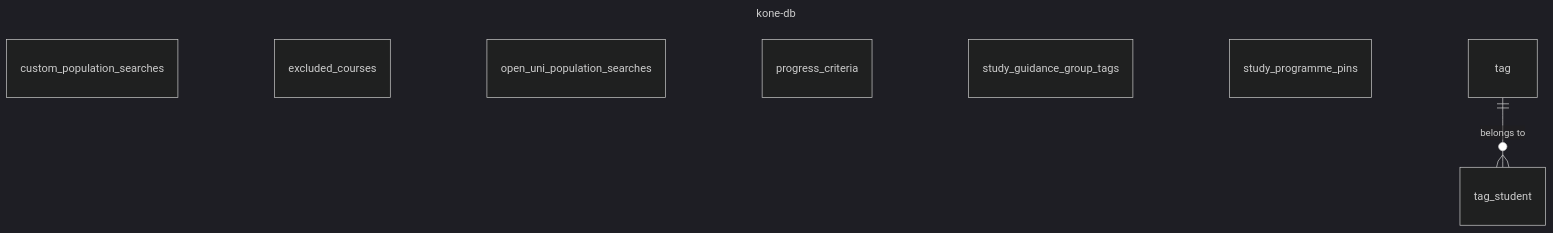
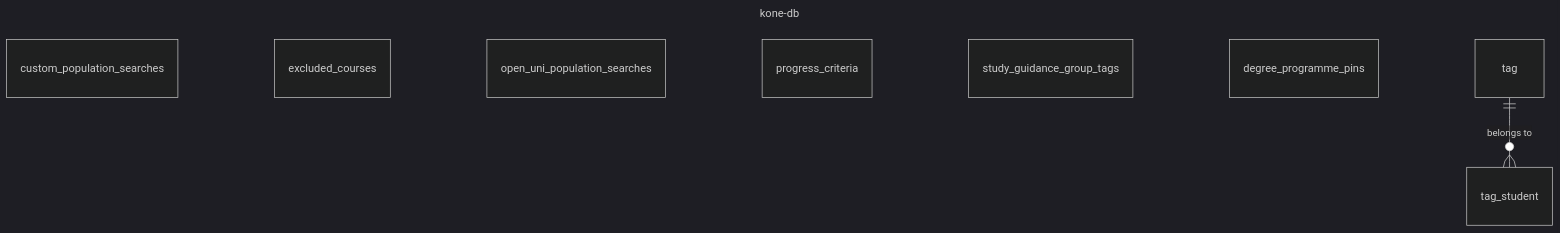
The second of 3 diagrams in documentation/databases.md (UniversityOfHelsinkiCS/oodikone), drawn with Mermaid (dark theme) before and after one commit. The commit also changed 47 other files, not shown here.

First line of the commit message:
[META] Replace "study programme" with "degree programme"

````diff
--- a/documentation/databases.md
+++ b/documentation/databases.md
@@ -46,15 +46,15 @@
 ```mermaid
 ---
 title: kone-db
 ---
 erDiagram
   custom_population_searches
   excluded_courses
   open_uni_population_searches
   progress_criteria
   study_guidance_group_tags
-  study_programme_pins
+  degree_programme_pins
   tag ||--o{ tag_student : "belongs to"
   tag
   tag_student
 ```
````
